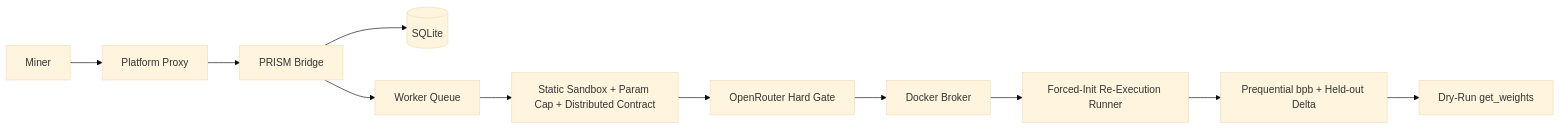
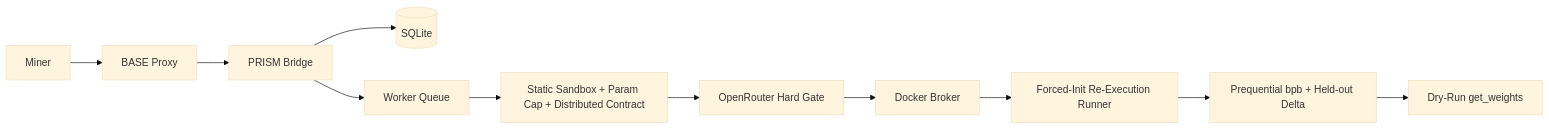
The first of 2 diagrams in docs/architecture.md (PlatformNetwork/prism), drawn with Mermaid (base theme) before and after one commit. The commit also changed other lines of this file and 51 other files, not shown here.

First line of the commit message:
feat(brand): rename Platform Network to BASE across prism

````diff
--- a/docs/architecture.md
+++ b/docs/architecture.md
@@ -11,13 +11,13 @@
 ```mermaid
 flowchart LR
-    Miner[Miner] --> Proxy[Platform Proxy]
+    Miner[Miner] --> Proxy[BASE Proxy]
     Proxy --> Bridge[PRISM Bridge]
     Bridge --> DB[(SQLite)]
     Bridge --> Queue[Worker Queue]
     Queue --> Static[Static Sandbox + Param Cap + Distributed Contract]
     Static --> LLM[OpenRouter Hard Gate]
     LLM --> Broker[Docker Broker]
     Broker --> Reexec[Forced-Init Re-Execution Runner]
     Reexec --> Score[Prequential bpb + Held-out Delta]
     Score --> Weights[Dry-Run get_weights]
 ```
````
